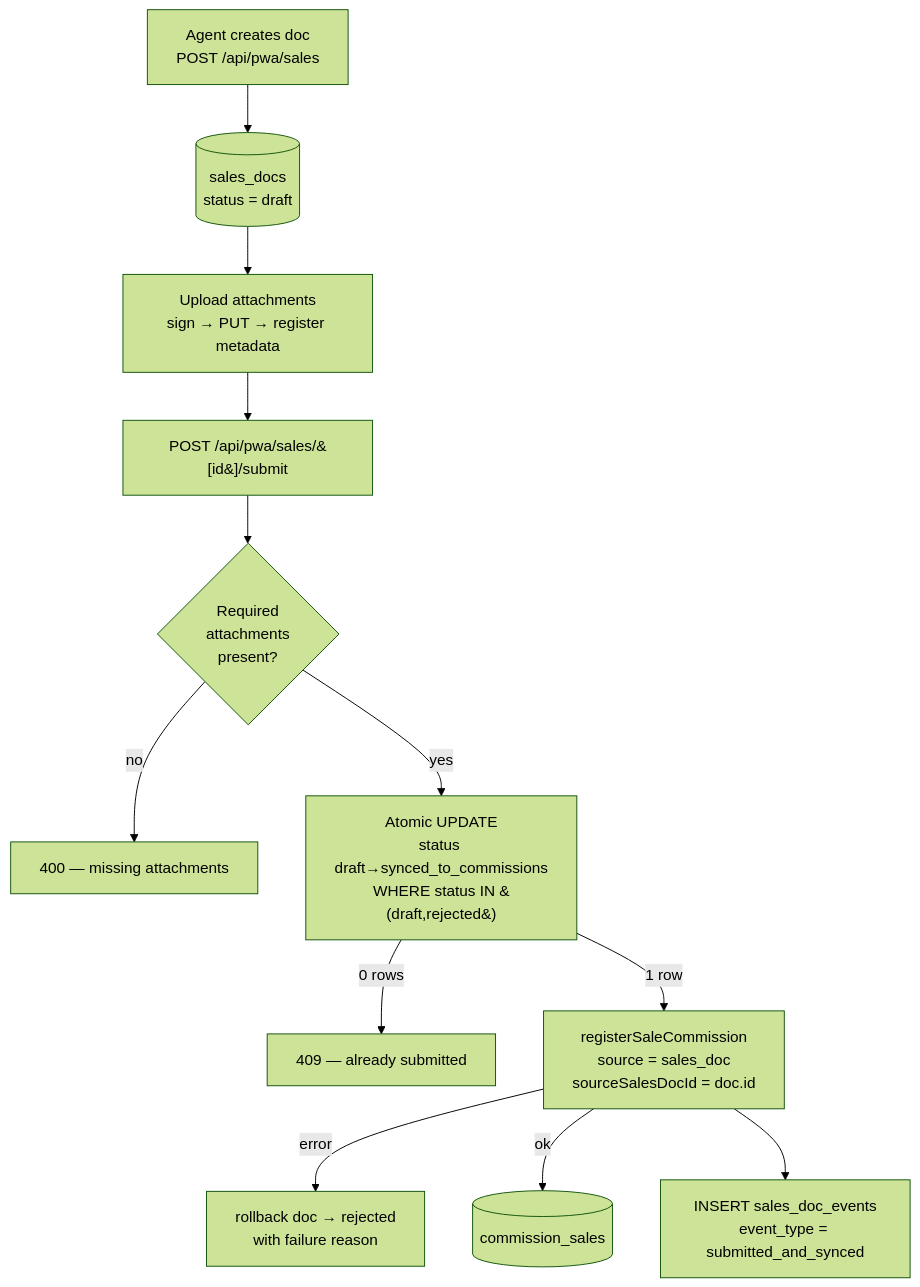
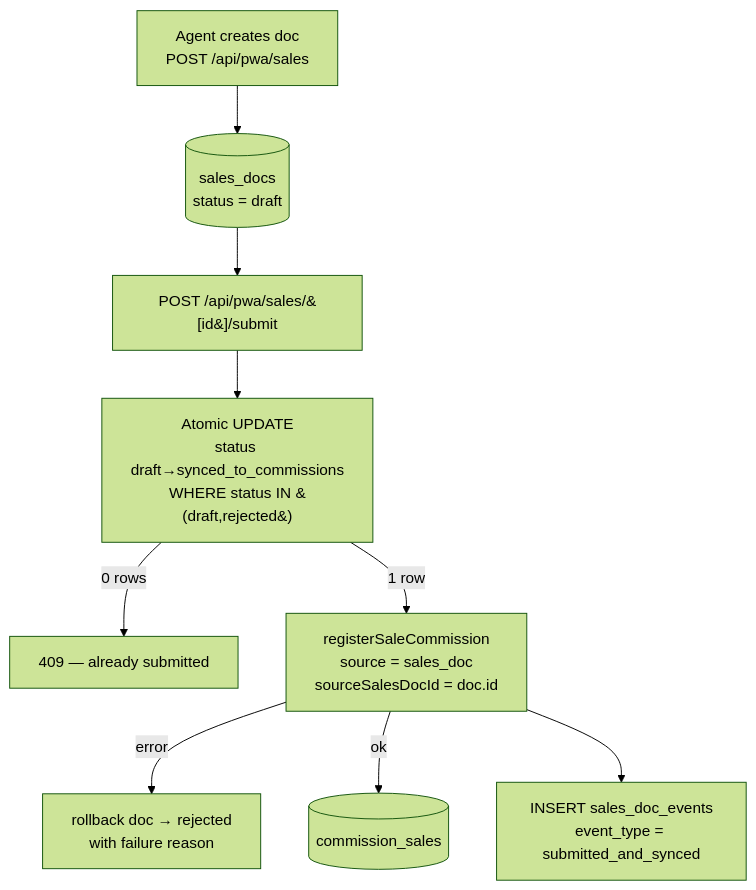
Before and after one commit to bawaya/ClalStore: the third of 6 diagrams in docs/COMMISSIONS.md, drawn with Mermaid (forest theme). The commit also changed other lines of this file and 23 other files, not shown here.

````diff
--- a/docs/COMMISSIONS.md
+++ b/docs/COMMISSIONS.md
@@ -310,14 +310,11 @@
 ```mermaid
 flowchart TD
     A[Agent creates doc<br/>POST /api/pwa/sales] --> B[(sales_docs<br/>status = draft)]
-    B --> C[Upload attachments<br/>sign → PUT → register metadata]
-    C --> D[POST /api/pwa/sales/&#91;id&#93;/submit]
-    D --> V{Required<br/>attachments<br/>present?}
-    V -->|no| X[400 — missing attachments]
-    V -->|yes| T[Atomic UPDATE<br/>status draft→synced_to_commissions<br/>WHERE status IN &#40;draft,rejected&#41;]
+    B --> D[POST /api/pwa/sales/&#91;id&#93;/submit]
+    D --> T[Atomic UPDATE<br/>status draft→synced_to_commissions<br/>WHERE status IN &#40;draft,rejected&#41;]
     T -->|0 rows| Y[409 — already submitted]
     T -->|1 row| R[registerSaleCommission<br/>source = sales_doc<br/>sourceSalesDocId = doc.id]
     R -->|error| Z[rollback doc → rejected<br/>with failure reason]
     R -->|ok| G[(commission_sales)]
     R --> E[INSERT sales_doc_events<br/>event_type = submitted_and_synced]
 ```
````
